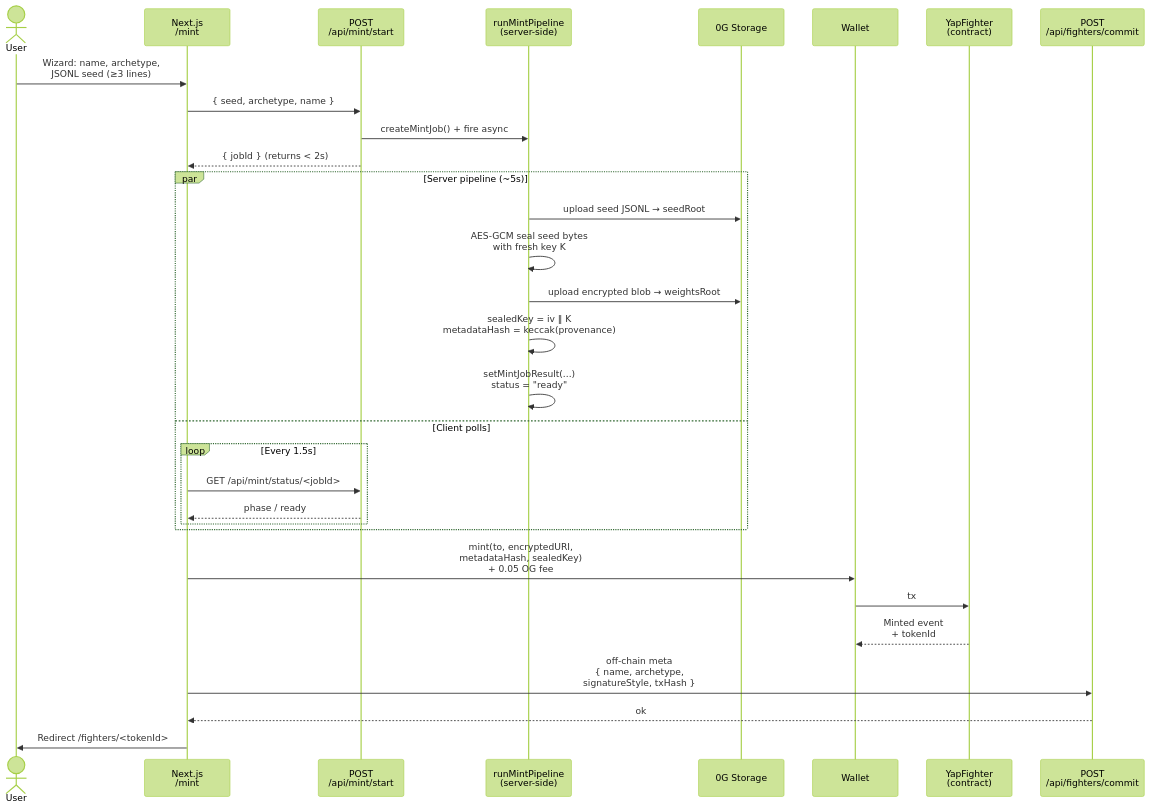
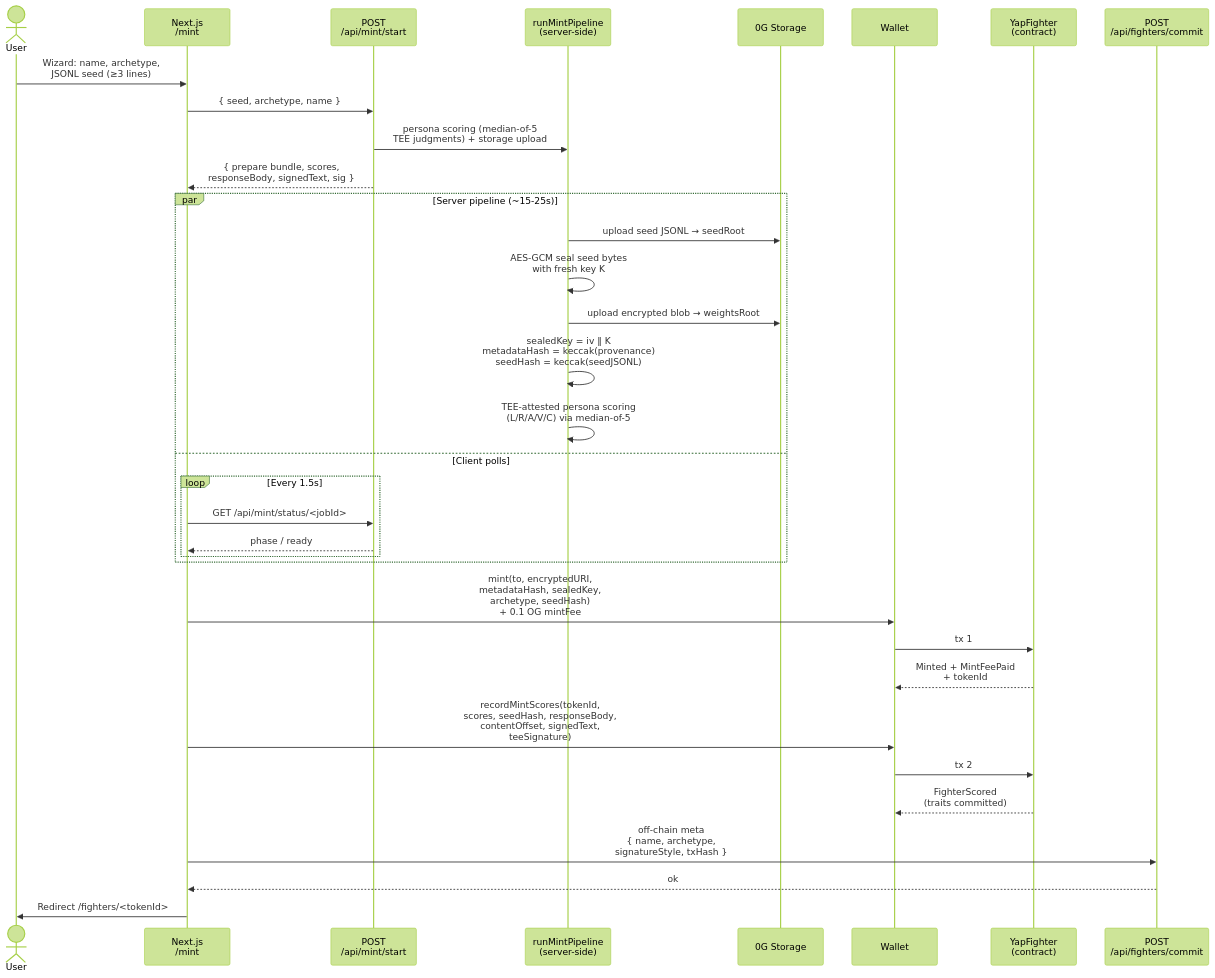
Before and after one commit to tamaa13/yap: the second of 5 diagrams in docs/ARCHITECTURE.md, drawn with Mermaid (forest theme). The commit also changed other lines of this file and 6 other files, not shown here.

````diff
--- a/docs/ARCHITECTURE.md
+++ b/docs/ARCHITECTURE.md
@@ -63,36 +75,39 @@
 ```mermaid
 sequenceDiagram
     actor User
     participant Web as Next.js<br/>/mint
     participant API as POST<br/>/api/mint/start
     participant Pipeline as runMintPipeline<br/>(server-side)
     participant Storage as 0G Storage
     participant Wallet
     participant Fighter as YapFighter<br/>(contract)
     participant Commit as POST<br/>/api/fighters/commit
 
     User->>Web: Wizard: name, archetype,<br/>JSONL seed (≥3 lines)
     Web->>API: { seed, archetype, name }
-    API->>Pipeline: createMintJob() + fire async
-    API-->>Web: { jobId } (returns < 2s)
+    API->>Pipeline: persona scoring (median-of-5<br/>TEE judgments) + storage upload
+    API-->>Web: { prepare bundle, scores,<br/>responseBody, signedText, sig }
 
-    par Server pipeline (~5s)
+    par Server pipeline (~15-25s)
         Pipeline->>Storage: upload seed JSONL → seedRoot
         Pipeline->>Pipeline: AES-GCM seal seed bytes<br/>with fresh key K
         Pipeline->>Storage: upload encrypted blob → weightsRoot
-        Pipeline->>Pipeline: sealedKey = iv ‖ K<br/>metadataHash = keccak(provenance)
-        Pipeline->>Pipeline: setMintJobResult(...)<br/>status = "ready"
+        Pipeline->>Pipeline: sealedKey = iv ‖ K<br/>metadataHash = keccak(provenance)<br/>seedHash = keccak(seedJSONL)
+        Pipeline->>Pipeline: TEE-attested persona scoring<br/>(L/R/A/V/C) via median-of-5
     and Client polls
         loop Every 1.5s
             Web->>API: GET /api/mint/status/<jobId>
             API-->>Web: phase / ready
         end
     end
 
-    Web->>Wallet: mint(to, encryptedURI,<br/>metadataHash, sealedKey)<br/>+ 0.05 OG fee
-    Wallet->>Fighter: tx
-    Fighter-->>Wallet: Minted event<br/>+ tokenId
+    Web->>Wallet: mint(to, encryptedURI,<br/>metadataHash, sealedKey,<br/>archetype, seedHash)<br/>+ 0.1 OG mintFee
+    Wallet->>Fighter: tx 1
+    Fighter-->>Wallet: Minted + MintFeePaid<br/>+ tokenId
+    Web->>Wallet: recordMintScores(tokenId,<br/>scores, seedHash, responseBody,<br/>contentOffset, signedText,<br/>teeSignature)
+    Wallet->>Fighter: tx 2
+    Fighter-->>Wallet: FighterScored<br/>(traits committed)
     Web->>Commit: off-chain meta<br/>{ name, archetype,<br/>signatureStyle, txHash }
     Commit-->>Web: ok
     Web->>User: Redirect /fighters/<tokenId>
 ```
````
